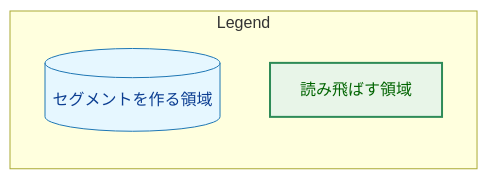
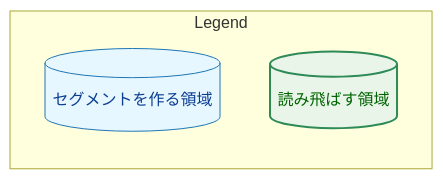
One commit to isseis/yt2column changed diagram 11 of 11 in docs/tasks/0024_copied_transcript_panel_lines/02_architecture.md. Above: the diagram before and after it, drawn with Mermaid. The commit also changed other lines of this file, not shown here.

````diff
--- a/docs/tasks/0024_copied_transcript_panel_lines/02_architecture.md
+++ b/docs/tasks/0024_copied_transcript_panel_lines/02_architecture.md
@@ -508,13 +520,13 @@
 ```mermaid
 flowchart LR
     classDef data fill:#e6f7ff,stroke:#1f77b4,stroke-width:1px,color:#0b3d91;
     classDef enhanced fill:#e8f5e8,stroke:#2e8b57,stroke-width:2px,color:#006400;
 
     subgraph Legend["Legend"]
         L1[("セグメントを作る領域")]
-        L2["読み飛ばす領域"]
+        L2[("読み飛ばす領域")]
     end
 
     class L1 data
     class L2 enhanced
 ```
````
